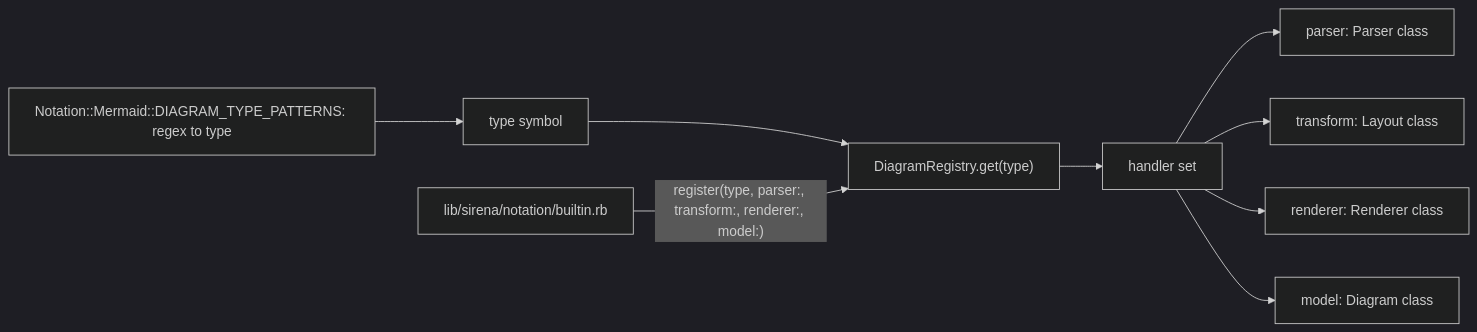
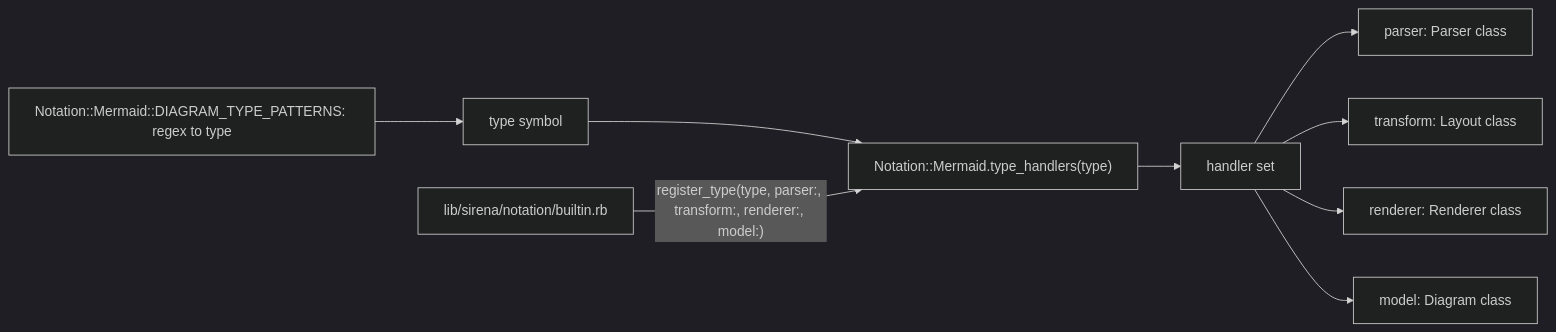
Before and after one commit to claricle/sirena: the third of 3 diagrams in ARCHITECTURE.md, drawn with Mermaid (dark theme). The commit also changed other lines of this file, not shown here.

Commit message:
document mermaid registry ownership

````diff
--- a/ARCHITECTURE.md
+++ b/ARCHITECTURE.md
@@ -591,11 +595,11 @@
 ```mermaid
 flowchart LR
     Pat["Notation::Mermaid::DIAGRAM_TYPE_PATTERNS: regex to type"] --> Type["type symbol"]
-    Type --> Get["DiagramRegistry.get(type)"]
+    Type --> Get["Notation::Mermaid.type_handlers(type)"]
     Get --> H["handler set"]
     H --> Pa["parser: Parser class"]
     H --> Tr["transform: Layout class"]
     H --> Re["renderer: Renderer class"]
     H --> Mo["model: Diagram class"]
-    Boot["lib/sirena/notation/builtin.rb"] -->|"register(type, parser:, transform:, renderer:, model:)"| Get
+    Boot["lib/sirena/notation/builtin.rb"] -->|"register_type(type, parser:, transform:, renderer:, model:)"| Get
 ```
````
